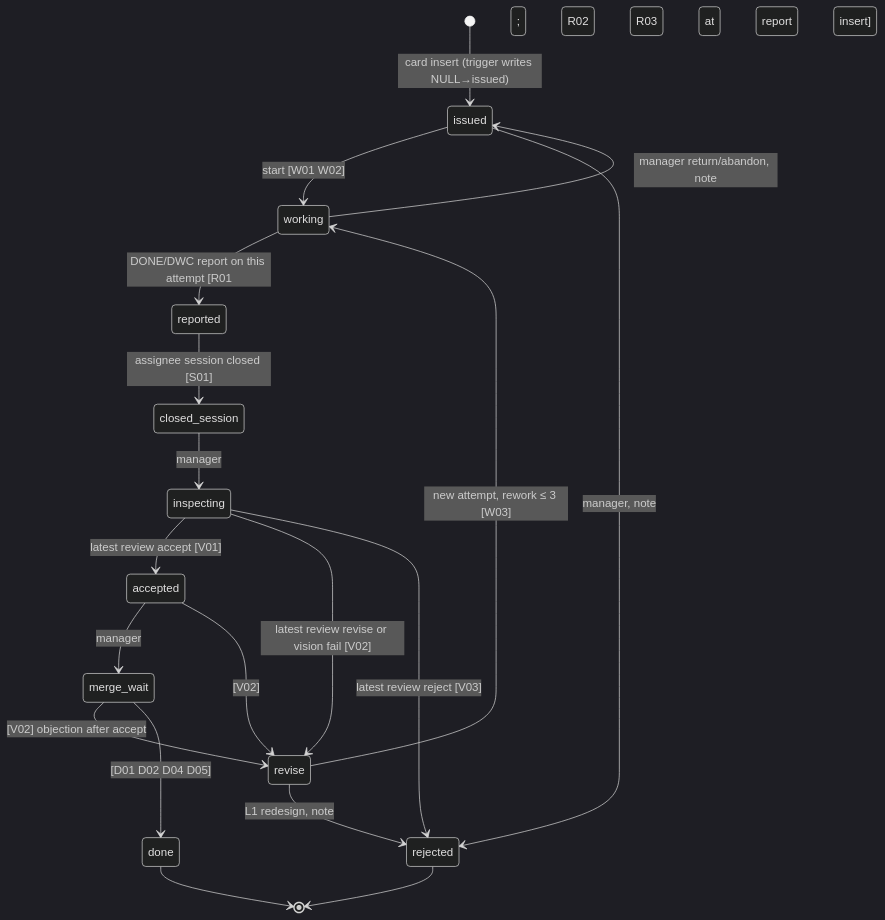
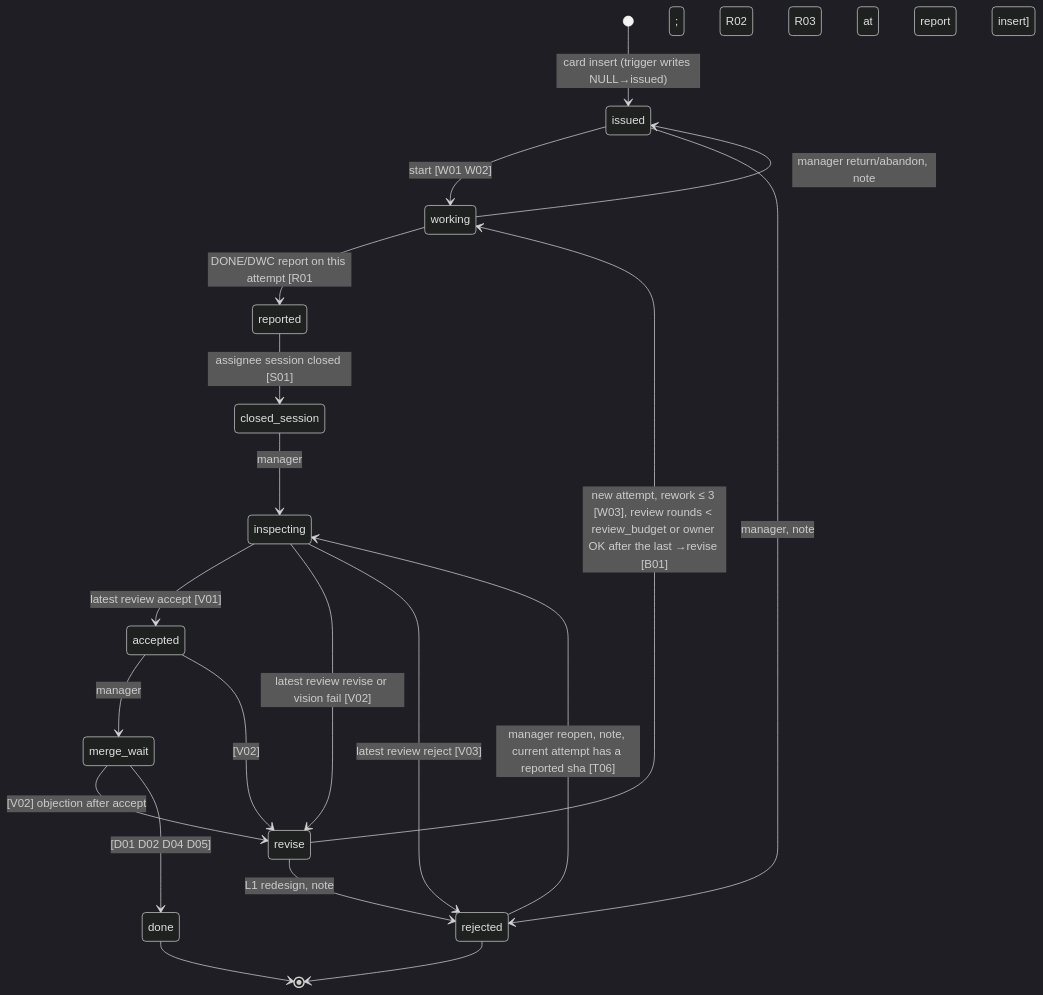
One commit to unclejobs-ai/mmbridge changed the diagram in docs/aps/DESIGN.md. Above: the diagram before and after it, drawn with Mermaid (dark theme). The commit also changed other lines of this file and 15 other files, not shown here.

First line of the commit message:
feat(aps): T1 ledger v6 — A1 card fields, review budget + budget overrides, rejected reopen, retire review cards, verify runs (#22)

````diff
--- a/docs/aps/DESIGN.md
+++ b/docs/aps/DESIGN.md
@@ -67,21 +68,22 @@
 ```mermaid
 stateDiagram-v2
   [*] --> issued : card insert (trigger writes NULL→issued)
   issued --> working : start [W01 W02]
   issued --> rejected : manager, note
   working --> reported : DONE/DWC report on this attempt [R01; R02 R03 at report insert]
   working --> issued : manager return/abandon, note
   reported --> closed_session : assignee session closed [S01]
   closed_session --> inspecting : manager
   inspecting --> accepted : latest review accept [V01]
   inspecting --> revise : latest review revise or vision fail [V02]
   inspecting --> rejected : latest review reject [V03]
   accepted --> merge_wait : manager
   accepted --> revise : [V02]
   merge_wait --> revise : [V02] objection after accept
   merge_wait --> done : [D01 D02 D04 D05]
-  revise --> working : new attempt, rework ≤ 3 [W03]
+  revise --> working : new attempt, rework ≤ 3 [W03], review rounds < review_budget or owner OK after the last →revise [B01]
   revise --> rejected : L1 redesign, note
+  rejected --> inspecting : manager reopen, note, current attempt has a reported sha [T06]
   done --> [*]
   rejected --> [*]
 ```
````
